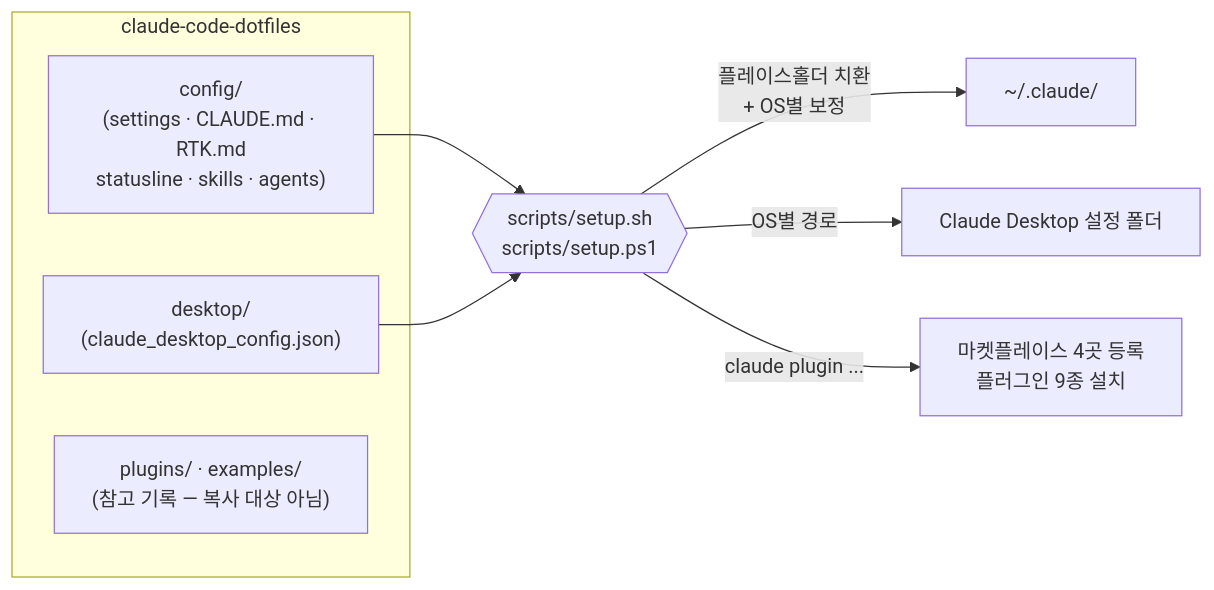
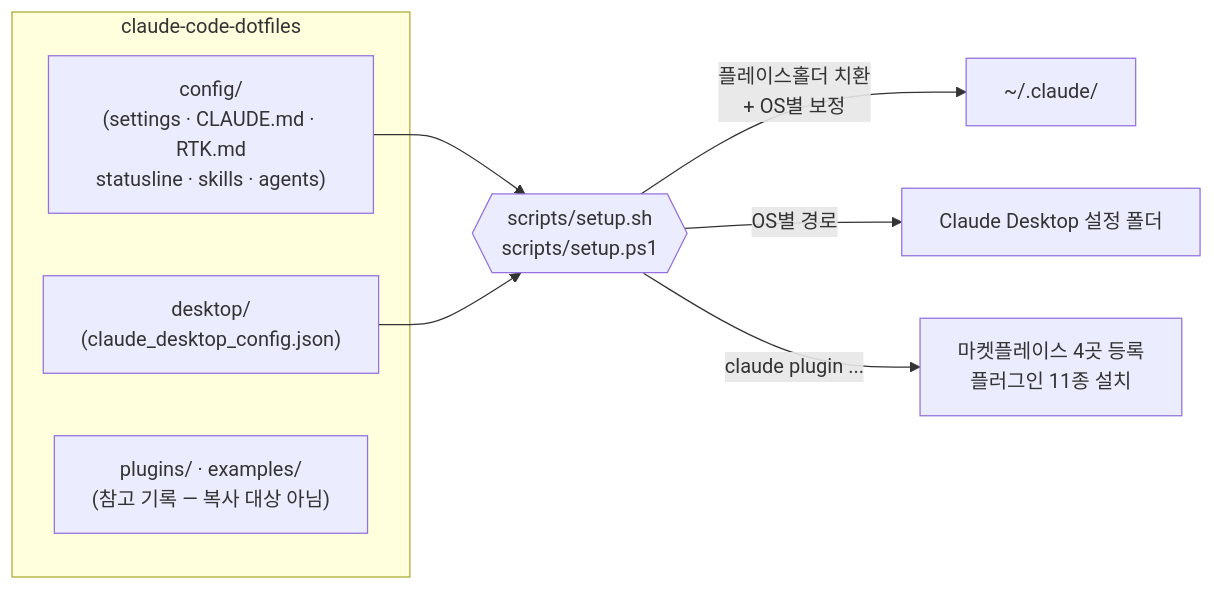
One commit to jelitz/claude-code-dotfiles changed the diagram in README.md. Above: the diagram before and after it, drawn with Mermaid. The commit also changed other lines of this file and 13 other files, not shown here.

````diff
--- a/README.md
+++ b/README.md
@@ -27,14 +23,14 @@
 ```mermaid
 flowchart LR
     subgraph repo["claude-code-dotfiles"]
         CFG["config/<br/>(settings · CLAUDE.md · RTK.md<br/>statusline · skills · agents)"]
         DSK["desktop/<br/>(claude_desktop_config.json)"]
         REF["plugins/ · examples/<br/>(참고 기록 — 복사 대상 아님)"]
     end
     SETUP{{"scripts/setup.sh<br/>scripts/setup.ps1"}}
     CFG --> SETUP
     DSK --> SETUP
     SETUP -->|"플레이스홀더 치환<br/>+ OS별 보정"| HOME["~/.claude/"]
     SETUP -->|"OS별 경로"| DESKTOP["Claude Desktop 설정 폴더"]
-    SETUP -->|"claude plugin ..."| PLG["마켓플레이스 4곳 등록<br/>플러그인 9종 설치"]
+    SETUP -->|"claude plugin ..."| PLG["마켓플레이스 4곳 등록<br/>플러그인 11종 설치"]
 ```
````
